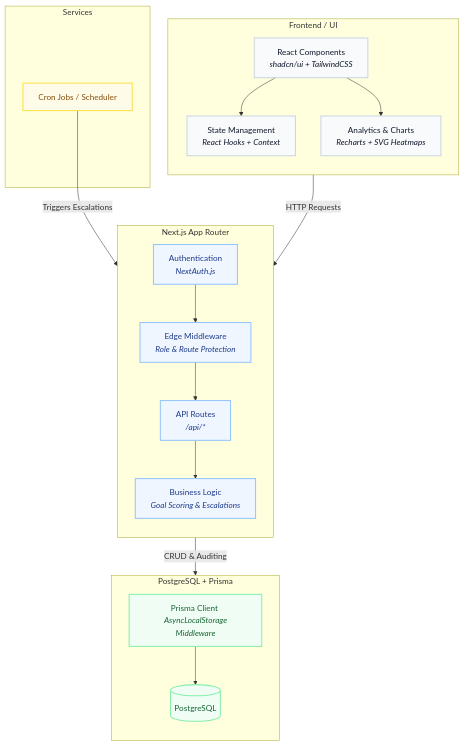
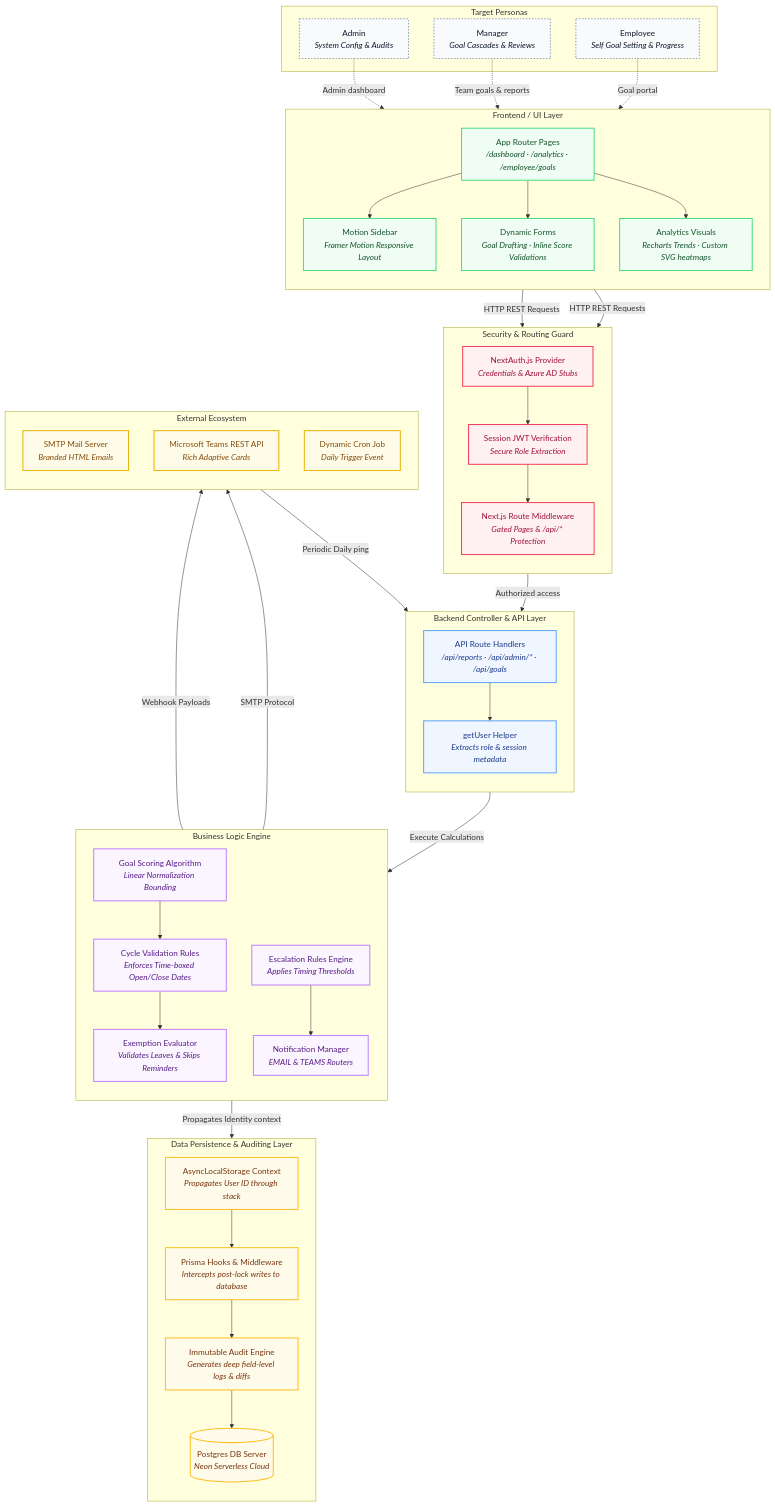
Before and after one commit to Ishanb747/Meridian: the diagram in README.md, drawn with Mermaid.

Commit message:
readme update

````diff
--- a/README.md
+++ b/README.md
@@ -96,50 +96,108 @@
 ```mermaid
-graph TD
-    %% Styling
-    classDef client fill:#f8fafc,stroke:#cbd5e1,stroke-width:2px,color:#0f172a
-    classDef server fill:#eff6ff,stroke:#93c5fd,stroke-width:2px,color:#1e3a8a
-    classDef db fill:#f0fdf4,stroke:#86efac,stroke-width:2px,color:#166534
-    classDef external fill:#fefce8,stroke:#fde047,stroke-width:2px,color:#854d0e
+flowchart TB
+    %% Styling and Palettes
+    classDef roles fill:#f8fafc,stroke:#94a3b8,stroke-width:2px,color:#0f172a,stroke-dasharray: 3 3
+    classDef client fill:#f0fdf4,stroke:#4ade80,stroke-width:2px,color:#14532d
+    classDef security fill:#fff1f2,stroke:#f43f5e,stroke-width:2px,color:#9f1239
+    classDef server fill:#eff6ff,stroke:#60a5fa,stroke-width:2px,color:#1e3a8a
+    classDef logic fill:#faf5ff,stroke:#c084fc,stroke-width:2px,color:#581c87
+    classDef database fill:#fffbeb,stroke:#fbbf24,stroke-width:2px,color:#78350f
+    classDef external fill:#fefce8,stroke:#eab308,stroke-width:2px,color:#854d0e
 
-    %% Client Layer
-    subgraph Client Layer [Frontend / UI]
-        direction TB
-        UI[React Components <br/> <i>shadcn/ui + TailwindCSS</i>]:::client
-        State[State Management <br/> <i>React Hooks + Context</i>]:::client
-        Charts[Analytics & Charts <br/> <i>Recharts + SVG Heatmaps</i>]:::client
-        UI --> State
-        UI --> Charts
+    %% User Roles & Interaction Entry Points
+    subgraph Roles [Target Personas]
+        AdminRole[Admin<br/><i>System Config & Audits</i>]:::roles
+        ManagerRole[Manager<br/><i>Goal Cascades & Reviews</i>]:::roles
+        EmployeeRole[Employee<br/><i>Self Goal Setting & Progress</i>]:::roles
     end
 
-    %% Server Layer
-    subgraph Server Layer [Next.js App Router]
+    %% Client Frontend Layer (React / Next.js Client Components)
+    subgraph Client [Frontend / UI Layer]
         direction TB
-        Auth[Authentication <br/> <i>NextAuth.js</i>]:::server
-        API[API Routes <br/> <i>/api/*</i>]:::server
-        Middleware[Edge Middleware <br/> <i>Role & Route Protection</i>]:::server
-        Logic[Business Logic <br/> <i>Goal Scoring & Escalations</i>]:::server
+        Pages[App Router Pages<br/><i>/dashboard · /analytics · /employee/goals</i>]:::client
+        SidebarNav[Motion Sidebar<br/><i>Framer Motion Responsive Layout</i>]:::client
+        Forms[Dynamic Forms<br/><i>Goal Drafting · Inline Score Validations</i>]:::client
+        Visuals[Analytics Visuals<br/><i>Recharts Trends · Custom SVG heatmaps</i>]:::client
         
-        Auth --> Middleware
-        Middleware --> API
-        API --> Logic
+        Pages --> SidebarNav
+        Pages --> Forms
+        Pages --> Visuals
     end
 
-    %% Database Layer
-    subgraph Data Layer [PostgreSQL + Prisma]
+    %% Edge Security & Session Middleware Layer
+    subgraph Security [Security & Routing Guard]
         direction TB
-        Prisma[Prisma Client <br/> <i>AsyncLocalStorage Middleware</i>]:::db
-        DB[(PostgreSQL)]:::db
+        NextAuth[NextAuth.js Provider<br/><i>Credentials & Azure AD Stubs</i>]:::security
+        JWTSession[Session JWT Verification<br/><i>Secure Role Extraction</i>]:::security
+        RouteGuard[Next.js Route Middleware<br/><i>Gated Pages & /api/* Protection</i>]:::security
         
-        Prisma --> DB
+        NextAuth --> JWTSession
+        JWTSession --> RouteGuard
     end
 
-    %% External
-    subgraph External [Services]
-        Cron[Cron Jobs / Scheduler]:::external
+    %% Server Application Layer (API Routing & Controller Logic)
+    subgraph Server [Backend Controller & API Layer]
+        direction TB
+        APIEndpoints[API Route Handlers<br/><i>/api/reports · /api/admin/* · /api/goals</i>]:::server
+        AuthHelper[getUser Helper<br/><i>Extracts role & session metadata</i>]:::server
+        
+        APIEndpoints --> AuthHelper
     end
 
-    %% Connections
-    UI -->|HTTP Requests| Middleware
-    Logic -->|CRUD & Auditing| Prisma
-    Cron -->|Triggers Escalations| API
+    %% System Business Core (Domain Calculation Logic)
+    subgraph Domain [Business Logic Engine]
+        direction TB
+        ScoringEngine[Goal Scoring Algorithm<br/><i>Linear Normalization Bounding</i>]:::logic
+        PhaseEngine[Cycle Validation Rules<br/><i>Enforces Time-boxed Open/Close Dates</i>]:::logic
+        ExemptionChecker[Exemption Evaluator<br/><i>Validates Leaves & Skips Reminders</i>]:::logic
+        EscalationController[Escalation Rules Engine<br/><i>Applies Timing Thresholds</i>]:::logic
+        NotificationDispatcher[Notification Manager<br/><i>EMAIL & TEAMS Routers</i>]:::logic
+        
+        ScoringEngine --> PhaseEngine
+        PhaseEngine --> ExemptionChecker
+        EscalationController --> NotificationDispatcher
+    end
+
+    %% Database Transaction, Middleware, & Context Propagation
+    subgraph Data [Data Persistence & Auditing Layer]
+        direction TB
+        ContextLocal[AsyncLocalStorage Context<br/><i>Propagates User ID through stack</i>]:::database
+        PrismaMiddle[Prisma Hooks & Middleware<br/><i>Intercepts post-lock writes to database</i>]:::database
+        AuditBuilder[Immutable Audit Engine<br/><i>Generates deep field-level logs & diffs</i>]:::database
+        Postgres[(Postgres DB Server<br/><i>Neon Serverless Cloud</i>)]:::database
+        
+        ContextLocal --> PrismaMiddle
+        PrismaMiddle --> AuditBuilder
+        AuditBuilder --> Postgres
+    end
+
+    %% External Orchestration & Integration
+    subgraph Integrations [External Ecosystem]
+        direction TB
+        SMTP[SMTP Mail Server<br/><i>Branded HTML Emails</i>]:::external
+        TeamsWebhooks[Microsoft Teams REST API<br/><i>Rich Adaptive Cards</i>]:::external
+        CronJob[Dynamic Cron Job<br/><i>Daily Trigger Event</i>]:::external
+    end
+
+    %% Connect User Roles to Client UI
+    AdminRole -.->|Admin dashboard| Pages
+    ManagerRole -.->|Team goals & reports| Pages
+    EmployeeRole -.->|Goal portal| Pages
+
+    %% Connect UI Interactions to Middleware
+    Visuals & Forms -->|HTTP REST Requests| NextAuth
+
+    %% Security Gated flow down to Controllers
+    RouteGuard -->|Authorized access| APIEndpoints
+
+    %% Connect Controllers to Logic Modules
+    APIEndpoints -->|Execute Calculations| Domain
+
+    %% Connect Calculations to DB layer with Context Propagation
+    Domain -->|Propagates Identity context| ContextLocal
+
+    %% External Connections
+    NotificationDispatcher -->|SMTP Protocol| SMTP
+    NotificationDispatcher -->|Webhook Payloads| TeamsWebhooks
+    CronJob -->|Periodic Daily ping| APIEndpoints
 ```
````
